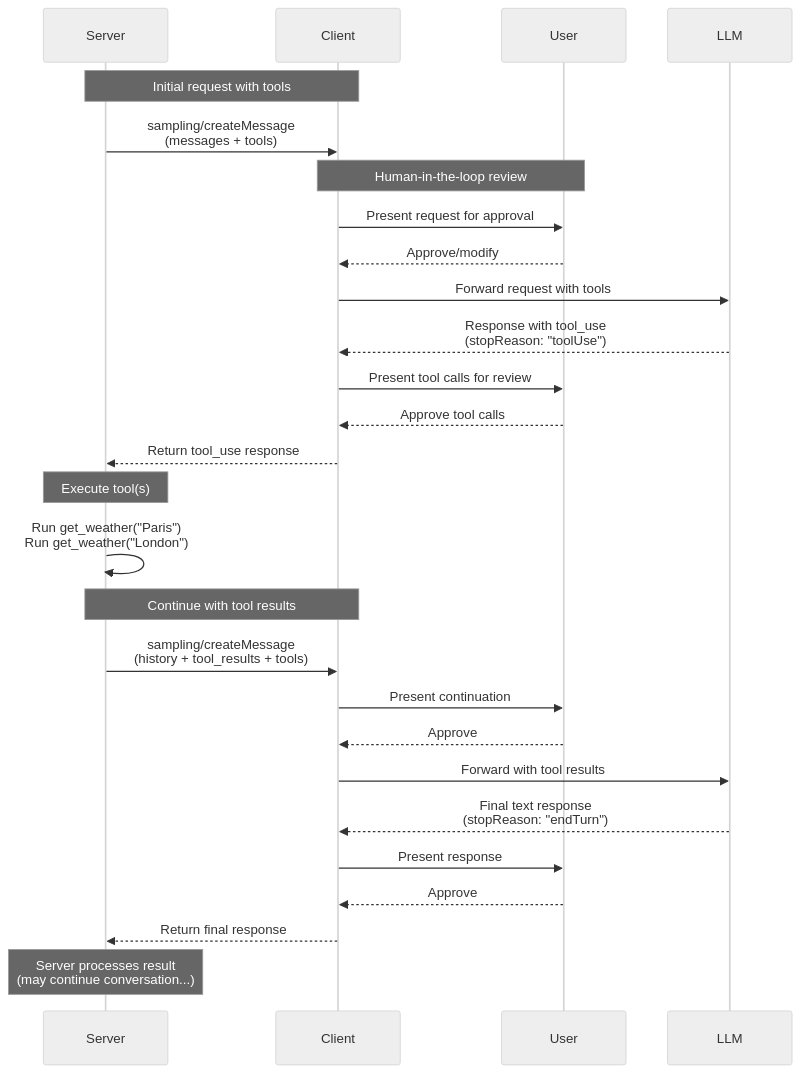
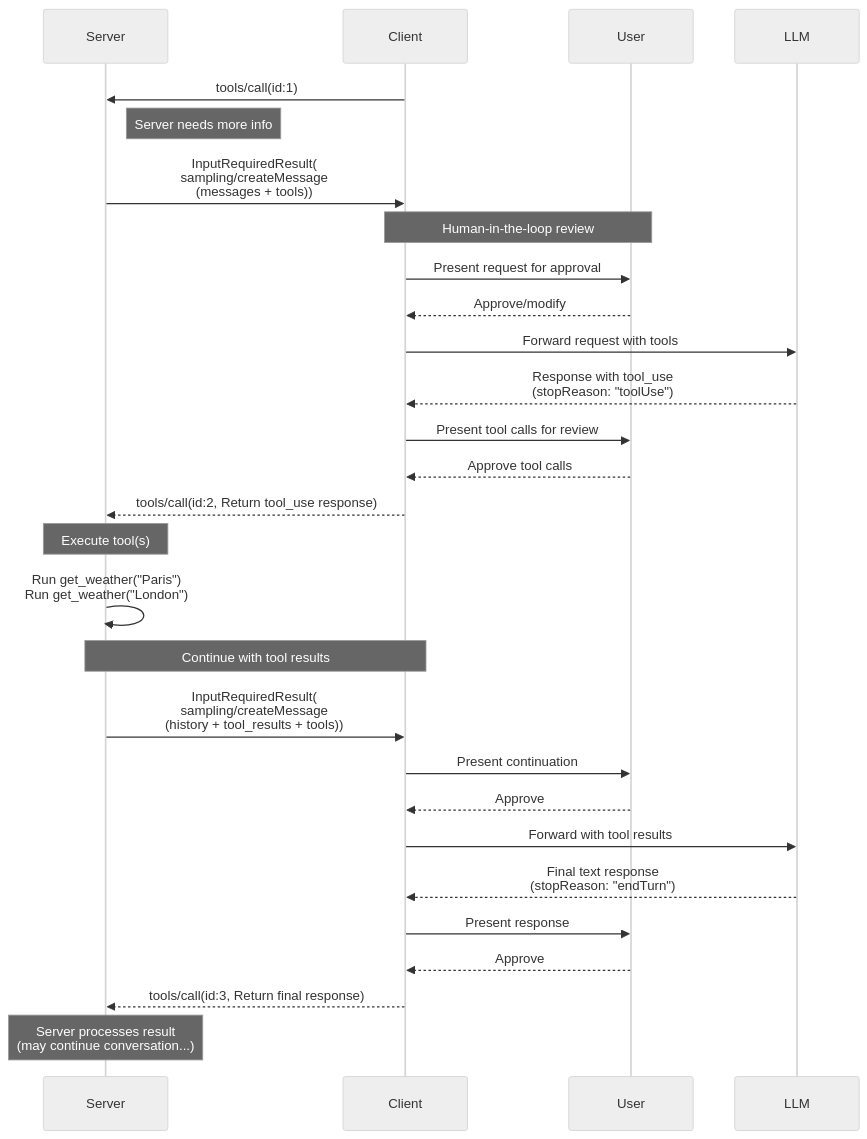
One commit to maguroid/skills changed the first of 2 diagrams in mcp-typescript/references/repos/modelcontextprotocol/docs/specification/draft/client/sampling.mdx. Above: the diagram before and after it, drawn with Mermaid (neutral theme). The commit also changed other lines of this file and 2208 other files, not shown here.

````diff
--- a/mcp-typescript/references/repos/modelcontextprotocol/docs/specification/draft/client/sampling.mdx
+++ b/mcp-typescript/references/repos/modelcontextprotocol/docs/specification/draft/client/sampling.mdx
@@ -151,39 +168,40 @@
 ```mermaid
 sequenceDiagram
     participant Server
     participant Client
     participant User
     participant LLM
 
-    Note over Server,Client: Initial request with tools
-    Server->>Client: sampling/createMessage<br/>(messages + tools)
+    Client->>Server: tools/call(id:1)
+    note right of Server: Server needs more info
+    Server->>Client: InputRequiredResult(<br/>sampling/createMessage<br/>(messages + tools))
 
     Note over Client,User: Human-in-the-loop review
     Client->>User: Present request for approval
     User-->>Client: Approve/modify
 
     Client->>LLM: Forward request with tools
     LLM-->>Client: Response with tool_use<br/>(stopReason: "toolUse")
 
     Client->>User: Present tool calls for review
     User-->>Client: Approve tool calls
-    Client-->>Server: Return tool_use response
+    Client-->>Server: tools/call(id:2, Return tool_use response)
 
     Note over Server: Execute tool(s)
     Server->>Server: Run get_weather("Paris")<br/>Run get_weather("London")
 
     Note over Server,Client: Continue with tool results
-    Server->>Client: sampling/createMessage<br/>(history + tool_results + tools)
+    Server->>Client: InputRequiredResult(<br/>sampling/createMessage<br/>(history + tool_results + tools))
 
     Client->>User: Present continuation
     User-->>Client: Approve
 
     Client->>LLM: Forward with tool results
     LLM-->>Client: Final text response<br/>(stopReason: "endTurn")
 
     Client->>User: Present response
     User-->>Client: Approve
-    Client-->>Server: Return final response
+    Client-->>Server: tools/call(id:3, Return final response)
 
     Note over Server: Server processes result<br/>(may continue conversation...)
 ```
````
